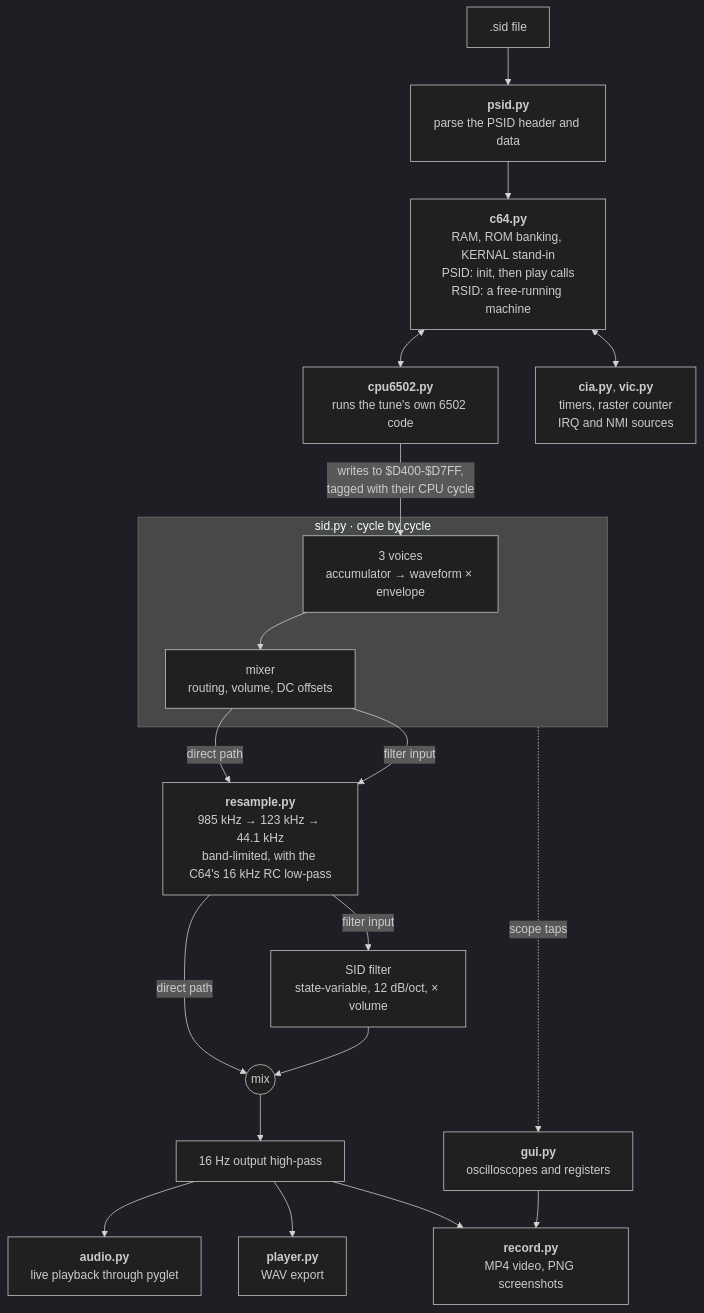
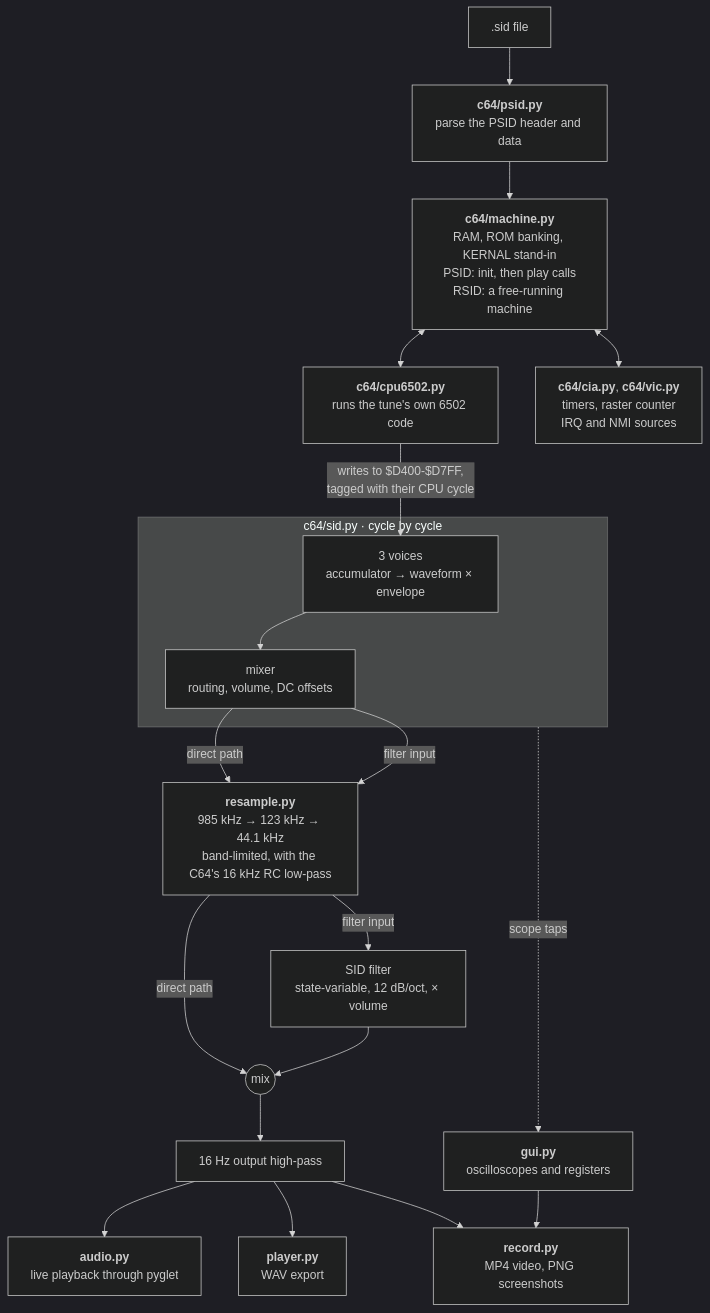
Before and after one commit to alecu/numsid: the first of 2 diagrams in README.md, drawn with Mermaid (dark theme). The commit also changed other lines of this file and 28 other files, not shown here.

````diff
--- a/README.md
+++ b/README.md
@@ -112,24 +119,24 @@
 ```mermaid
 flowchart TD
-    file[".sid file"] --> psid["<b>psid.py</b><br/>parse the PSID header and data"]
-    psid --> c64["<b>c64.py</b><br/>RAM, ROM banking, KERNAL stand-in<br/>PSID: init, then play calls<br/>RSID: a free-running machine"]
-    c64 <--> cpu["<b>cpu6502.py</b><br/>runs the tune's own 6502 code"]
-    c64 <--> chips["<b>cia.py</b>, <b>vic.py</b><br/>timers, raster counter<br/>IRQ and NMI sources"]
+    file[".sid file"] --> psid["<b>c64/psid.py</b><br/>parse the PSID header and data"]
+    psid --> c64["<b>c64/machine.py</b><br/>RAM, ROM banking, KERNAL stand-in<br/>PSID: init, then play calls<br/>RSID: a free-running machine"]
+    c64 <--> cpu["<b>c64/cpu6502.py</b><br/>runs the tune's own 6502 code"]
+    c64 <--> chips["<b>c64/cia.py</b>, <b>c64/vic.py</b><br/>timers, raster counter<br/>IRQ and NMI sources"]
     cpu -- "writes to $D400-$D7FF,<br/>tagged with their CPU cycle" --> voices
 
-    subgraph sid ["sid.py · cycle by cycle"]
+    subgraph sid ["c64/sid.py · cycle by cycle"]
         voices["3 voices<br/>accumulator → waveform × envelope"] --> mixer["mixer<br/>routing, volume, DC offsets"]
     end
 
     mixer -- "direct path" --> res["<b>resample.py</b><br/>985 kHz → 123 kHz → 44.1 kHz<br/>band-limited, with the C64's 16 kHz RC low-pass"]
     mixer -- "filter input" --> res
     res -- "filter input" --> svf["SID filter<br/>state-variable, 12 dB/oct, × volume"]
     res -- "direct path" --> sum(("mix"))
     svf --> sum
     sum --> hp["16 Hz output high-pass"]
     hp --> live["<b>audio.py</b><br/>live playback through pyglet"]
     hp --> wav["<b>player.py</b><br/>WAV export"]
     hp --> rec["<b>record.py</b><br/>MP4 video, PNG screenshots"]
     sid -. "scope taps" .-> gui["<b>gui.py</b><br/>oscilloscopes and registers"]
     gui --> rec
 ```
````
